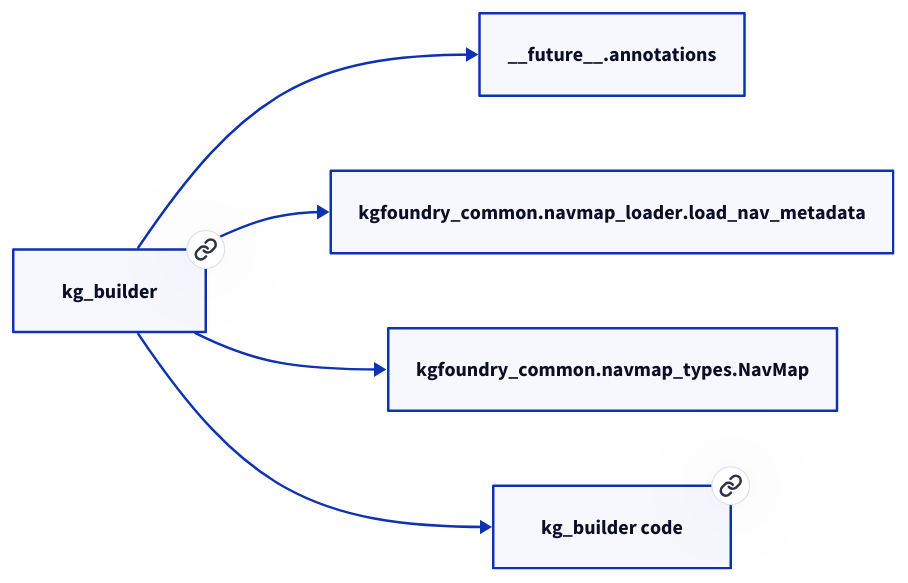
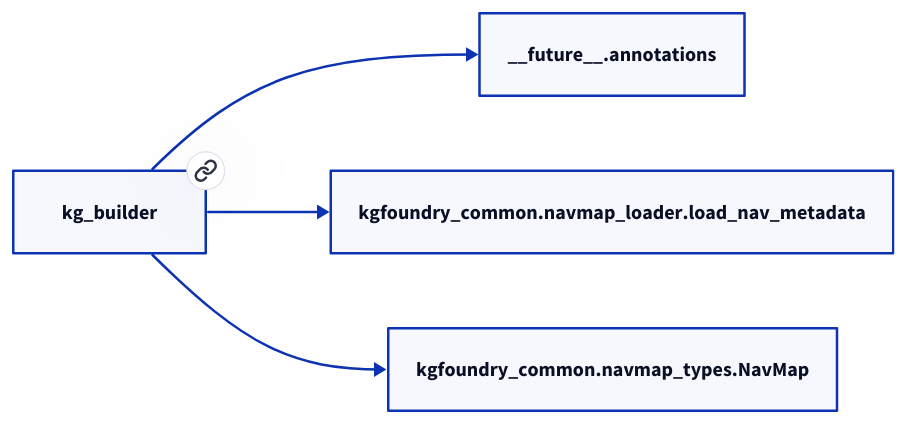
One commit to paul-heyse/kgforge changed the diagram in docs/modules/kg_builder.md. Above: the diagram before and after it, drawn with D2. The commit also changed other lines of this file and 118 other files, not shown here.

````diff
--- a/docs/modules/kg_builder.md
+++ b/docs/modules/kg_builder.md
@@ -17,12 +15,10 @@
 ```d2
 direction: right
-"kg_builder": "kg_builder" { link: "./kg_builder.md" }
+"kg_builder": "kg_builder" { link: "kg_builder.md" }
 "__future__.annotations": "__future__.annotations"
 "kg_builder" -> "__future__.annotations"
 "kgfoundry_common.navmap_loader.load_nav_metadata": "kgfoundry_common.navmap_loader.load_nav_metadata"
 "kg_builder" -> "kgfoundry_common.navmap_loader.load_nav_metadata"
 "kgfoundry_common.navmap_types.NavMap": "kgfoundry_common.navmap_types.NavMap"
 "kg_builder" -> "kgfoundry_common.navmap_types.NavMap"
-"kg_builder_code": "kg_builder code" { link: "https://github.com/kgfoundry/kgfoundry/blob/main/src/kg_builder/__init__.py" }
-"kg_builder" -> "kg_builder_code" { style: dashed }
 ```
````
